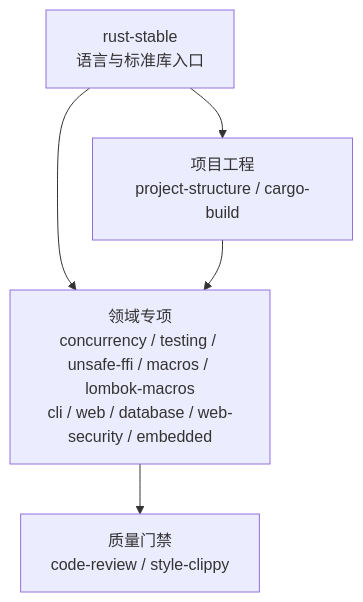
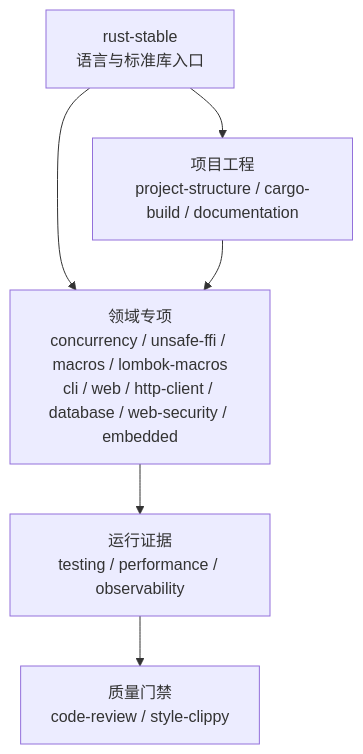
Before and after one commit to full-stack-skills/rust-skills: the diagram in README.zh-CN.md, drawn with Mermaid. The commit also changed other lines of this file and 57 other files, not shown here.

````diff
--- a/README.zh-CN.md
+++ b/README.zh-CN.md
@@ -55,12 +55,14 @@
 ```mermaid
 flowchart TB
     S["rust-stable<br/>语言与标准库入口"]
-    P["项目工程<br/>project-structure / cargo-build"]
-    D["领域专项<br/>concurrency / testing / unsafe-ffi / macros / lombok-macros<br/>cli / web / database / web-security / embedded"]
+    P["项目工程<br/>project-structure / cargo-build / documentation"]
+    D["领域专项<br/>concurrency / unsafe-ffi / macros / lombok-macros<br/>cli / web / http-client / database / web-security / embedded"]
+    O["运行证据<br/>testing / performance / observability"]
     Q["质量门禁<br/>code-review / style-clippy"]
 
     S --> P
     S --> D
     P --> D
-    D --> Q
+    D --> O
+    O --> Q
 ```
````
